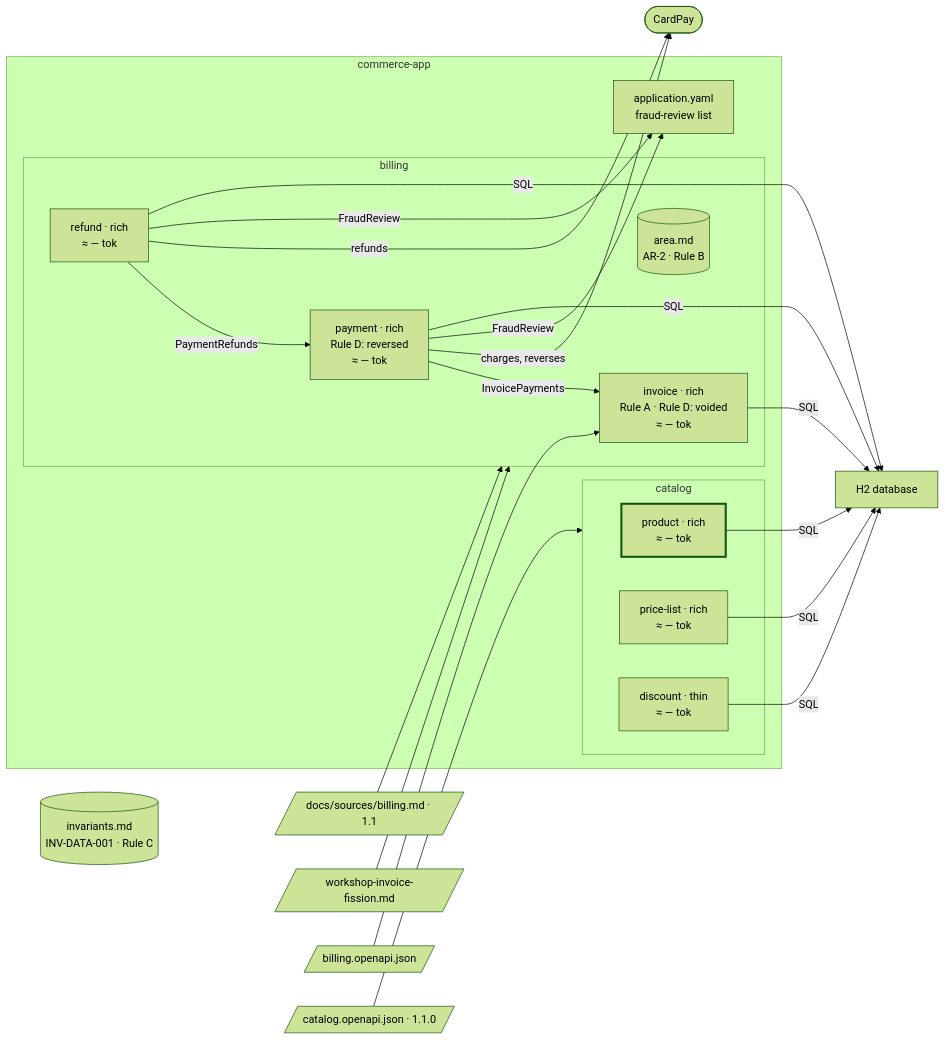
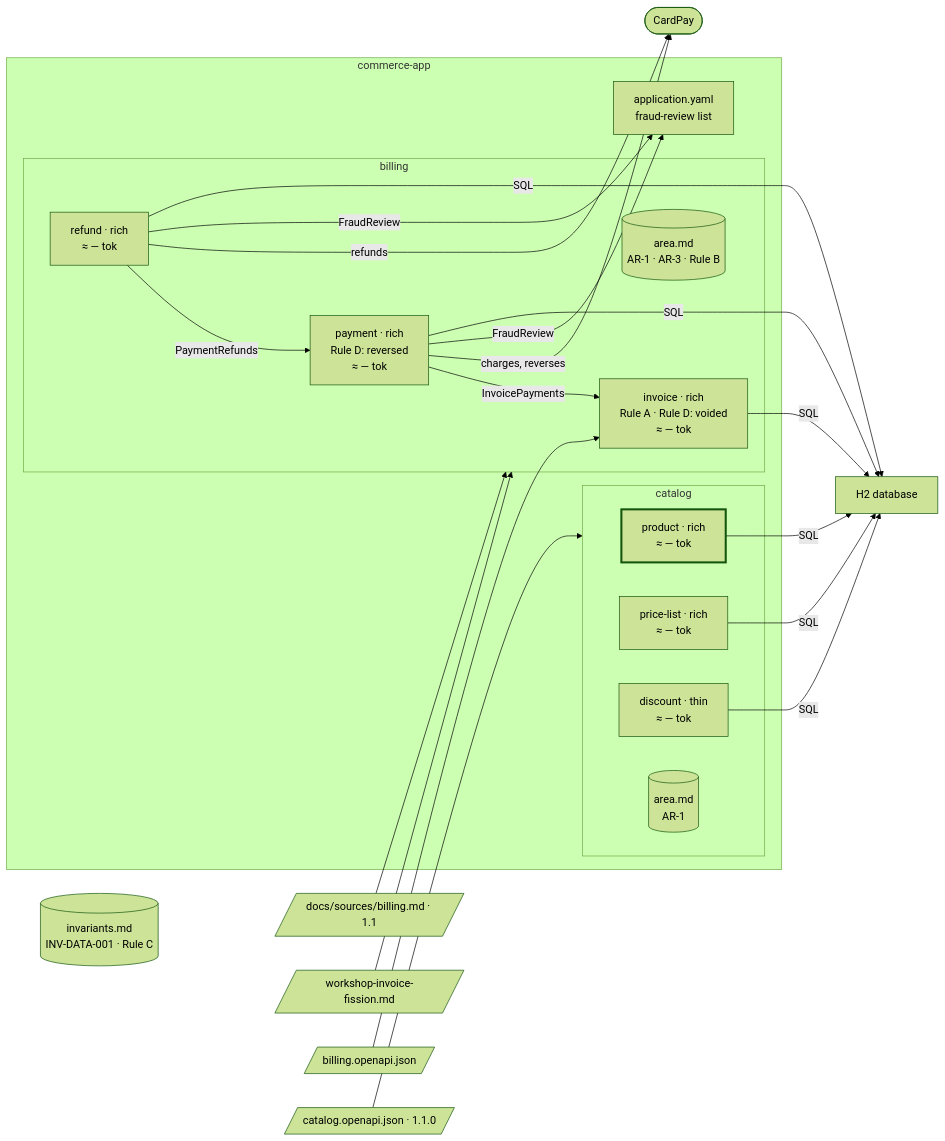
One commit to elie29/partition changed the diagram in docs/guides/a-project-step-by-step/12-thin-to-rich.md. Above: the diagram before and after it, drawn with Mermaid (forest theme). The commit also changed other lines of this file and 24 other files, not shown here.

````diff
--- a/docs/guides/a-project-step-by-step/12-thin-to-rich.md
+++ b/docs/guides/a-project-step-by-step/12-thin-to-rich.md
@@ -51,42 +63,43 @@
 ```mermaid
 flowchart LR
   classDef new stroke-width:3px
   classDef gone stroke-dasharray:5 5
   src_billing[/"docs/sources/billing.md · 1.1"/]
   src_workshop[/"workshop-invoice-fission.md"/]
   contract_billing[/"billing.openapi.json"/]
   contract_catalog[/"catalog.openapi.json · 1.1.0"/]
   register[("invariants.md<br/>INV-DATA-001 · Rule C")]
   subgraph app_commerce["commerce-app"]
     subgraph area_billing["billing"]
       invoice["invoice · rich<br/>Rule A · Rule D: voided<br/>≈ — tok"]
       payment["payment · rich<br/>Rule D: reversed<br/>≈ — tok"]
       refund["refund · rich<br/>≈ — tok"]
-      file_billing[("area.md<br/>AR-2 · Rule B")]
+      file_billing[("area.md<br/>AR-1 · AR-3 · Rule B")]
     end
     subgraph area_catalog["catalog"]
       product["product · rich<br/>≈ — tok"]:::new
       price_list["price-list · rich<br/>≈ — tok"]
       discount["discount · thin<br/>≈ — tok"]
+      file_catalog[("area.md<br/>AR-1")]
     end
     yaml["application.yaml<br/>fraud-review list"]
   end
   db["H2 database"]
   cardpay(["CardPay"])
   src_billing --> area_billing
   src_workshop --> area_billing
   contract_billing --> invoice
   contract_catalog --> area_catalog
   payment -- "InvoicePayments" --> invoice
   refund -- "PaymentRefunds" --> payment
   payment -- "charges, reverses" --> cardpay
   refund -- "refunds" --> cardpay
   payment -- "FraudReview" --> yaml
   refund -- "FraudReview" --> yaml
   invoice -- "SQL" --> db
   payment -- "SQL" --> db
   refund -- "SQL" --> db
   product -- "SQL" --> db
   price_list -- "SQL" --> db
   discount -- "SQL" --> db
 ```
````
